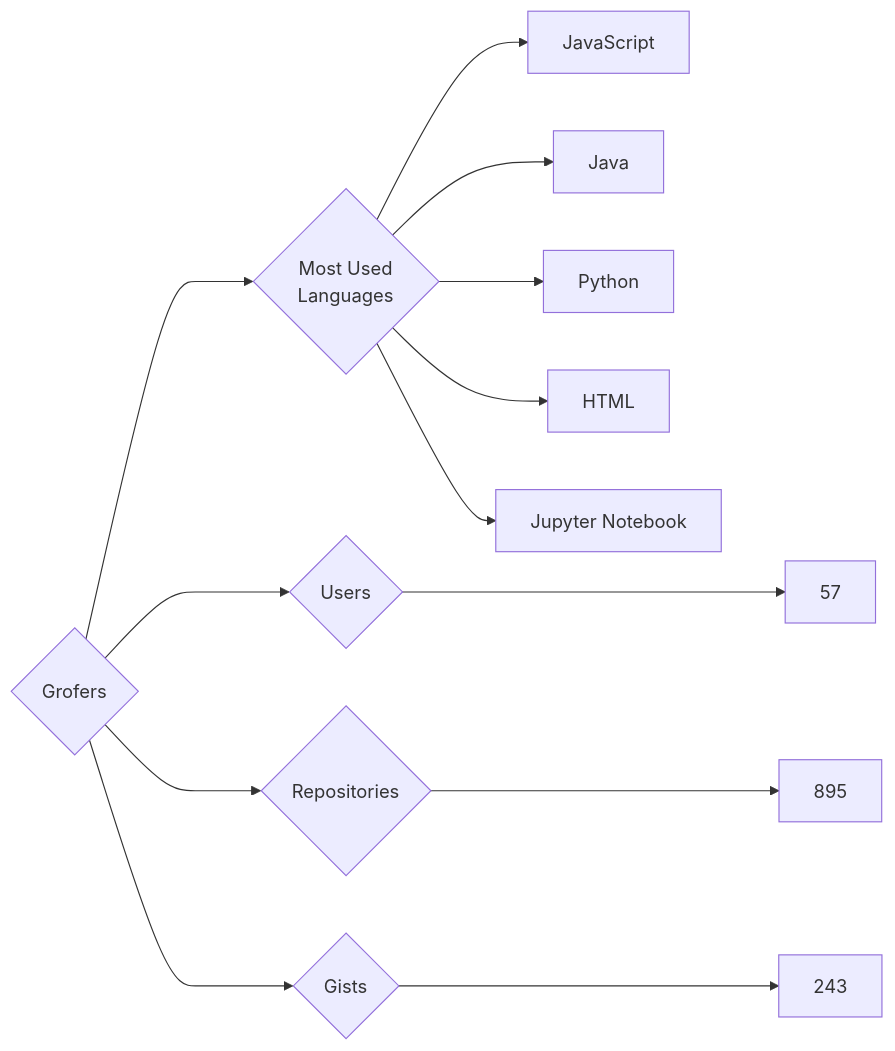
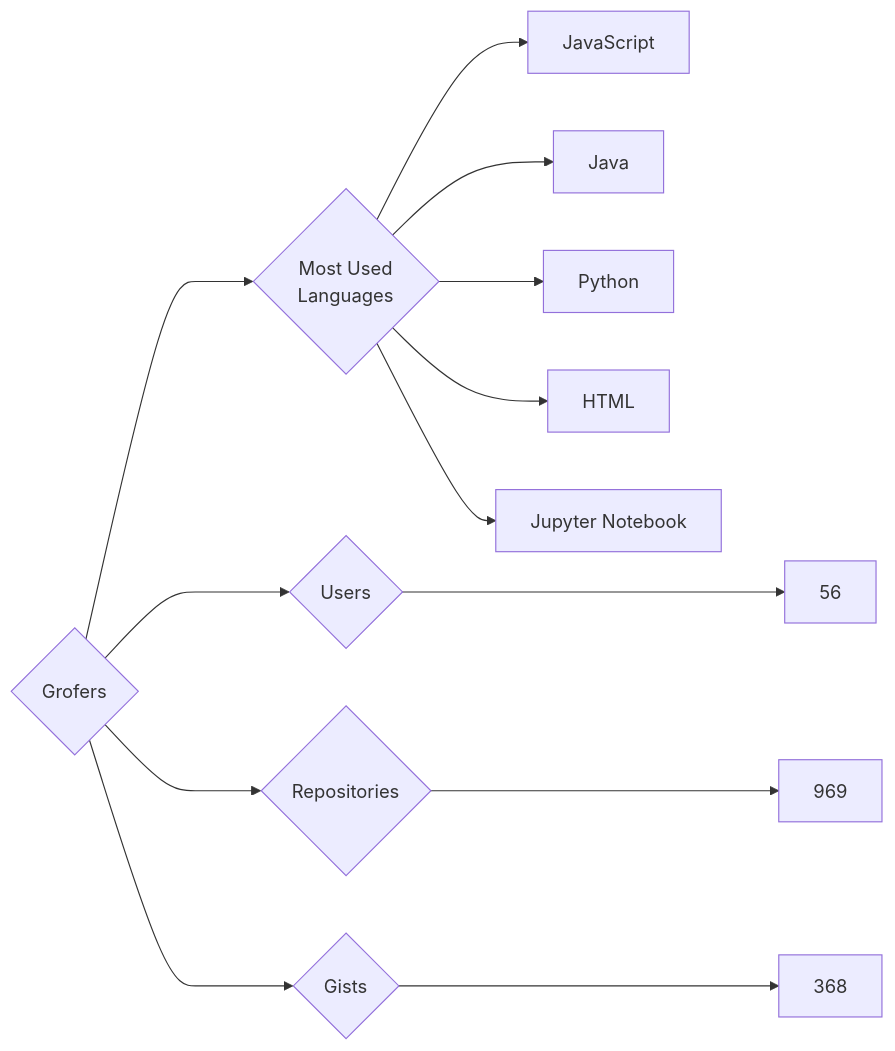
One commit to trickest/insiders changed the diagram in targets/Grofers/README.md. Above: the diagram before and after it, drawn with Mermaid. The commit also changed 657 other files, not shown here.

````diff
--- a/targets/Grofers/README.md
+++ b/targets/Grofers/README.md
@@ -3,13 +3,13 @@
 ```mermaid
 graph LR
 COMPANY_NAME{Grofers}
-COMPANY_NAME ---> U{Users} ---> UN[57]
-COMPANY_NAME ---> R{Repositories} ---> RN[895]
-COMPANY_NAME ---> G{Gists} ---> GN[243]
+COMPANY_NAME ---> U{Users} ---> UN[56]
+COMPANY_NAME ---> R{Repositories} ---> RN[969]
+COMPANY_NAME ---> G{Gists} ---> GN[368]
 COMPANY_NAME ---> ML{Most Used<br>Languages}
 ML --> JavaScript[JavaScript]
 ML --> Java[Java]
 ML --> Python[Python]
 ML --> HTML[HTML]
 ML --> Jupyter_Notebook[Jupyter Notebook]
 ```
````
